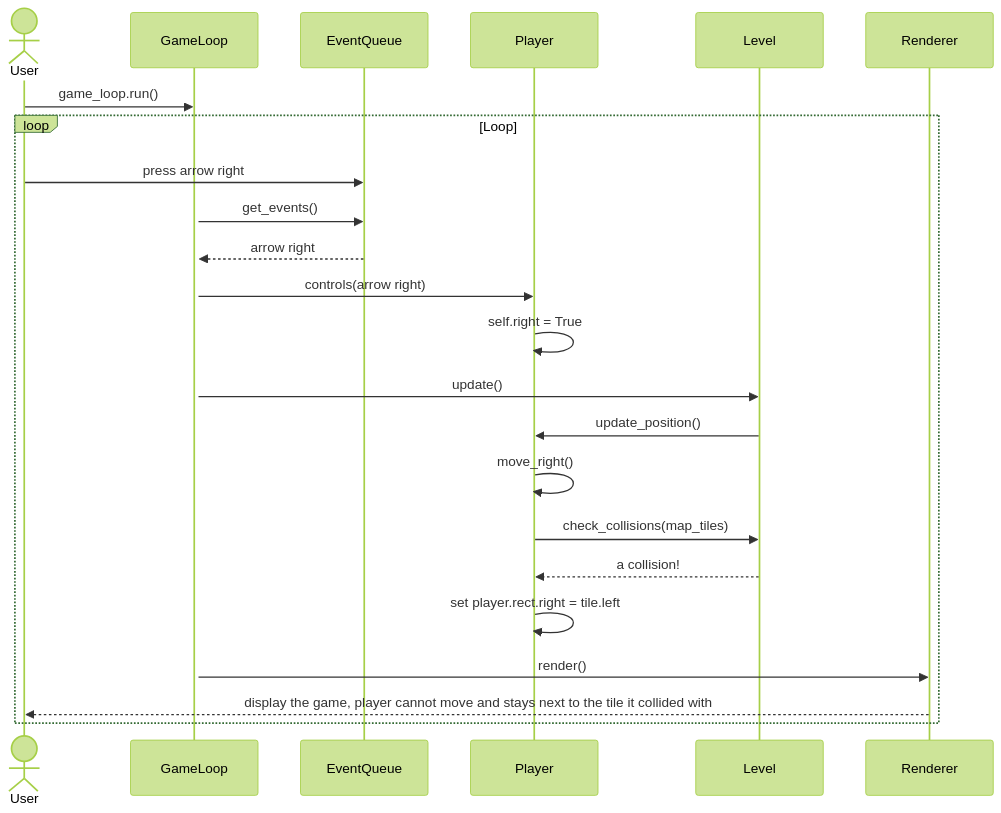
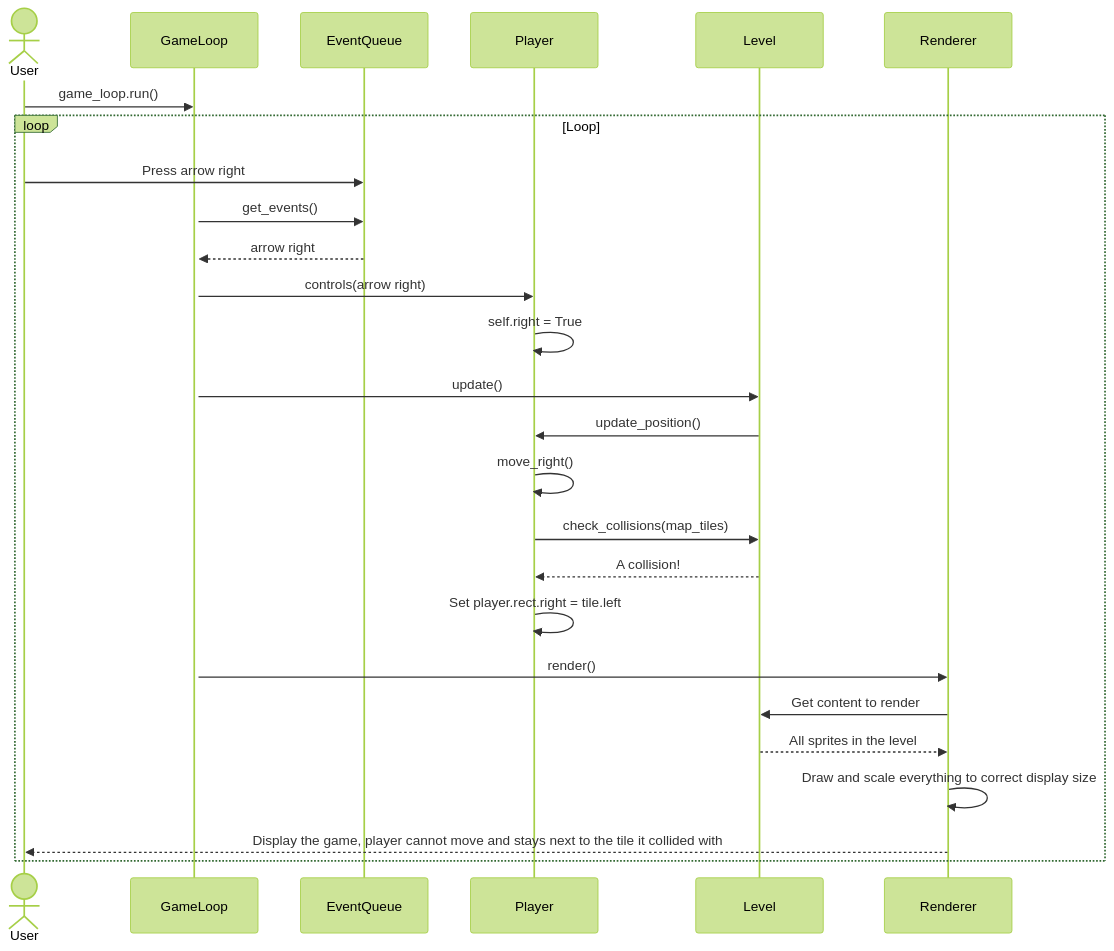
Before and after one commit to eemilhaa/ot-harjoitustyo: the third of 3 diagrams in documentation/architecture.md, drawn with Mermaid (forest theme).

````diff
--- a/documentation/architecture.md
+++ b/documentation/architecture.md
@@ -197,23 +197,26 @@
 ```mermaid
 sequenceDiagram
 actor User
 
 User->>GameLoop: game_loop.run()
 activate GameLoop
 loop Loop
-  User->>EventQueue: press arrow right
+  User->>EventQueue: Press arrow right
   GameLoop->>EventQueue: get_events()
   EventQueue-->>GameLoop: arrow right
   GameLoop->>Player: controls(arrow right)
   Player->>Player: self.right = True
   
   GameLoop->>Level: update()
   Level->>Player: update_position()
   Player->>Player: move_right()
   Player->>Level: check_collisions(map_tiles)
-  Level-->>Player: a collision!
-  Player->>Player: set player.rect.right = tile.left 
+  Level-->>Player: A collision!
+  Player->>Player: Set player.rect.right = tile.left 
   GameLoop->>Renderer: render()
-  Renderer-->>User: display the game, player cannot move and stays next to the tile it collided with
+  Renderer->>Level: Get content to render
+  Level-->>Renderer: All sprites in the level
+  Renderer->>Renderer: Draw and scale everything to correct display size
+  Renderer-->>User: Display the game, player cannot move and stays next to the tile it collided with
 end
 ```
````
